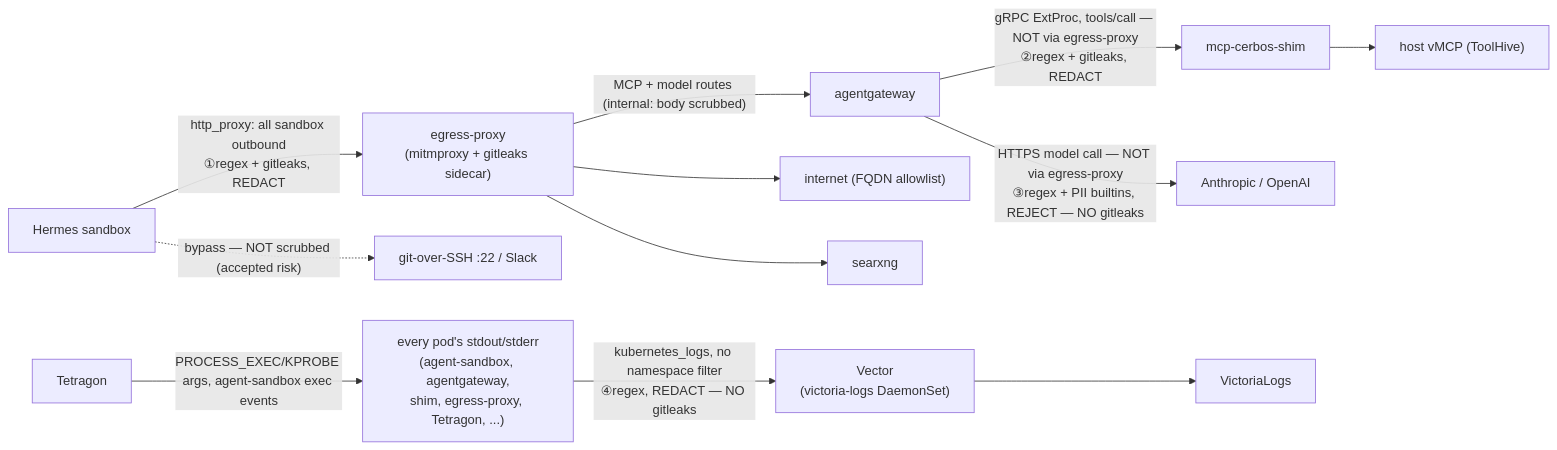
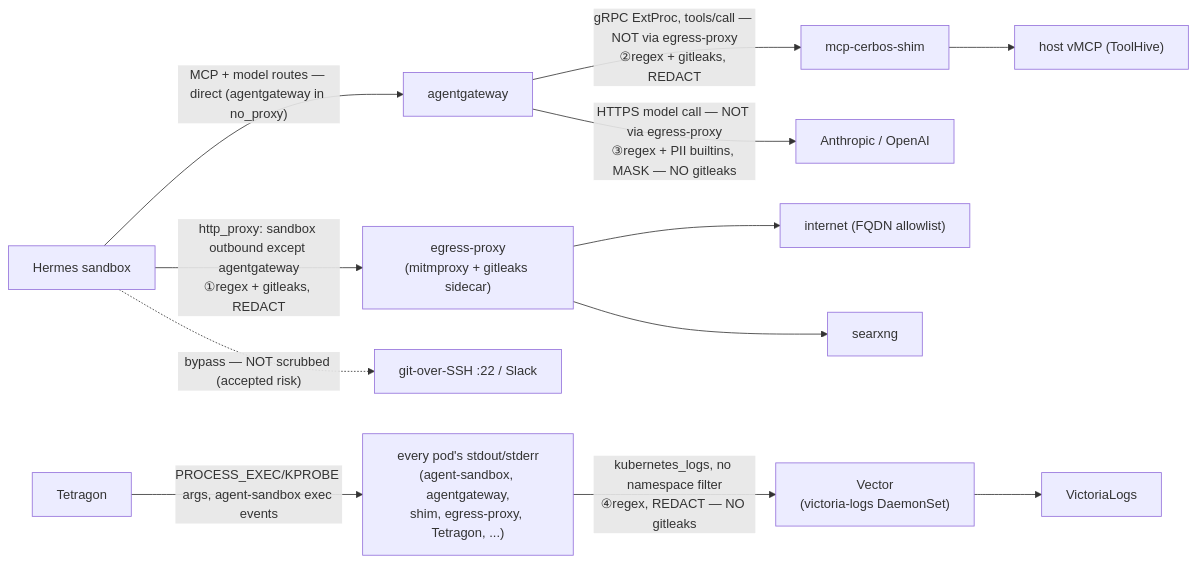
Before and after one commit to christensenjairus/vicegerent-agents: the diagram in docs/secrets-and-pii-redaction.md, drawn with Mermaid. The commit also changed other lines of this file and 5 other files, not shown here.

Commit message:
feat(egress): agentgateway direct egress + promptGuard mask (not reject)

````diff
--- a/docs/secrets-and-pii-redaction.md
+++ b/docs/secrets-and-pii-redaction.md
@@ -153,28 +162,28 @@
 ```mermaid
 flowchart LR
     H[Hermes sandbox]
     EP["egress-proxy<br/>(mitmproxy + gitleaks sidecar)"]
     AGW[agentgateway]
     SHIM[mcp-cerbos-shim]
     VMCP["host vMCP (ToolHive)"]
     LLM["Anthropic / OpenAI"]
     NET["internet (FQDN allowlist)"]
     SX[searxng]
     DIRECT["git-over-SSH :22 / Slack"]
     TETRA[Tetragon]
     ALLPODS["every pod's stdout/stderr<br/>(agent-sandbox, agentgateway,<br/>shim, egress-proxy, Tetragon, ...)"]
     VECTOR["Vector<br/>(victoria-logs DaemonSet)"]
     VLOGS[VictoriaLogs]
 
-    H -->|"http_proxy: all sandbox outbound<br/>①regex + gitleaks, REDACT"| EP
-    EP -->|"MCP + model routes (internal: body scrubbed)"| AGW
+    H -->|"http_proxy: sandbox outbound except agentgateway<br/>①regex + gitleaks, REDACT"| EP
+    H -->|"MCP + model routes — direct (agentgateway in no_proxy)"| AGW
     EP --> NET
     EP --> SX
     AGW -->|"gRPC ExtProc, tools/call — NOT via egress-proxy<br/>②regex + gitleaks, REDACT"| SHIM
     SHIM --> VMCP
-    AGW -->|"HTTPS model call — NOT via egress-proxy<br/>③regex + PII builtins, REJECT — NO gitleaks"| LLM
+    AGW -->|"HTTPS model call — NOT via egress-proxy<br/>③regex + PII builtins, MASK — NO gitleaks"| LLM
     H -.->|"bypass — NOT scrubbed (accepted risk)"| DIRECT
     TETRA -->|"PROCESS_EXEC/KPROBE args, agent-sandbox exec events"| ALLPODS
     ALLPODS -->|"kubernetes_logs, no namespace filter<br/>④regex, REDACT — NO gitleaks"| VECTOR
     VECTOR --> VLOGS
 ```
````
